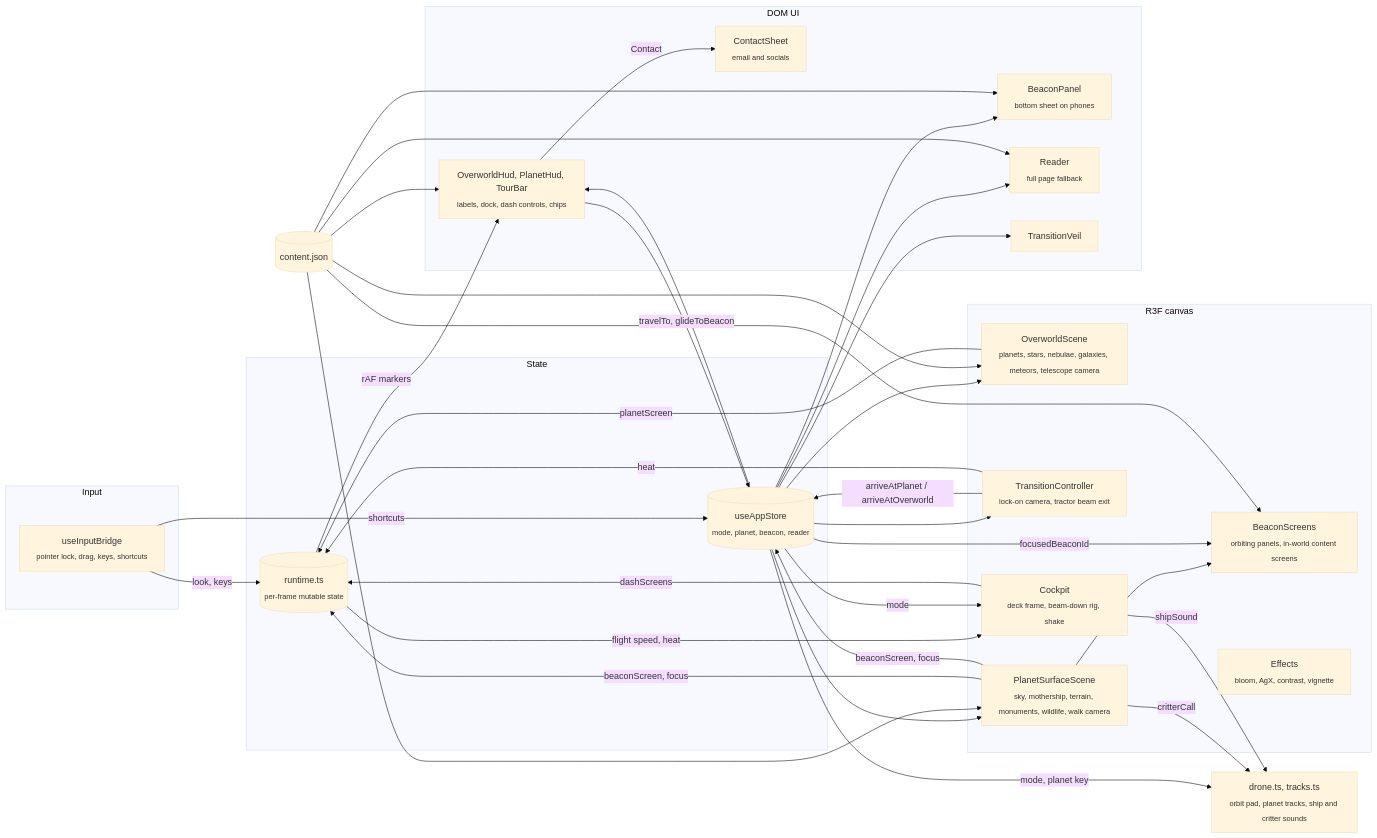
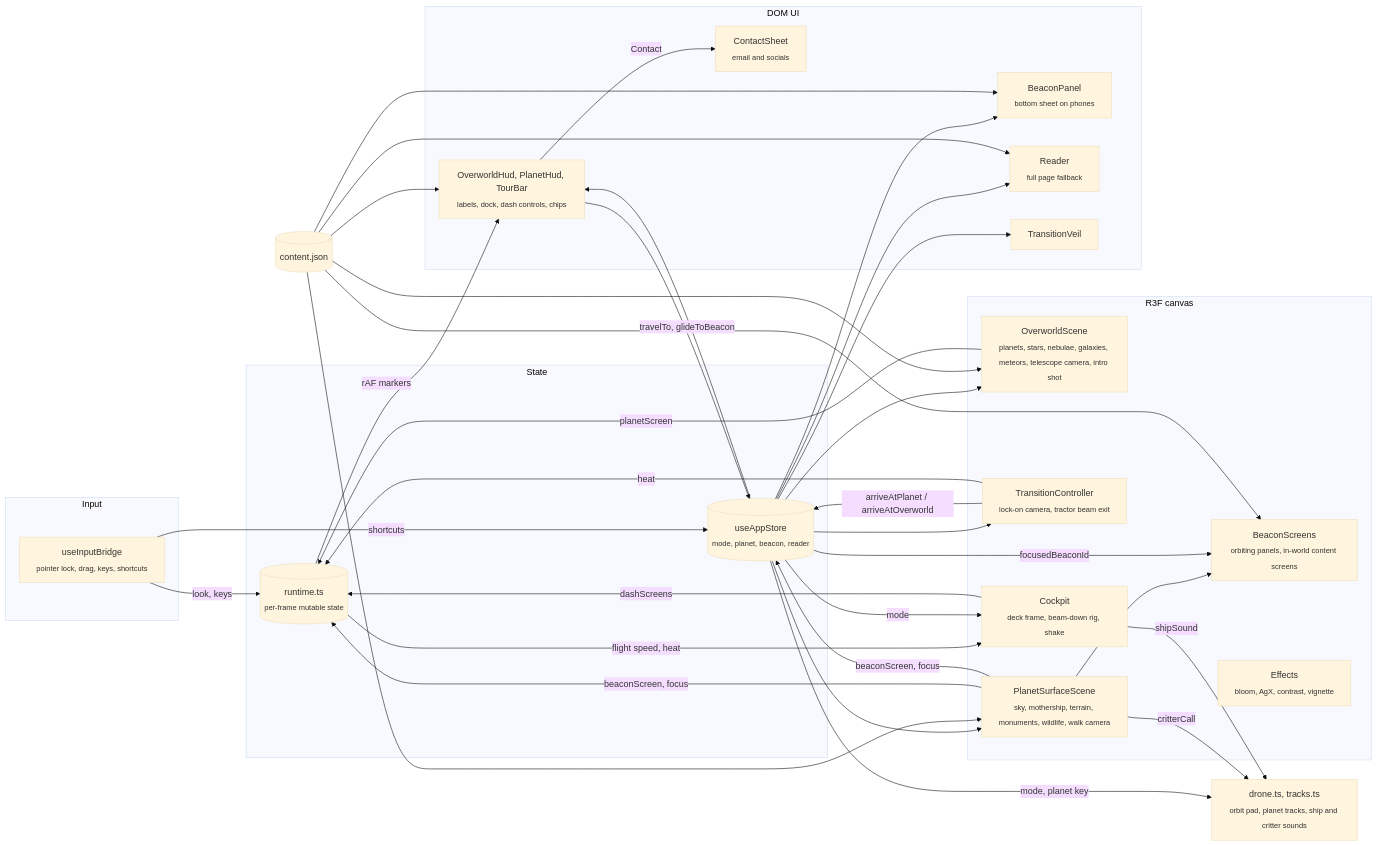
Before and after one commit to teddycitrus/portfolio: the first of 2 diagrams in README.md, drawn with Mermaid (base theme). The commit also changed other lines of this file and 10 other files, not shown here.

Commit message:
added loader ready beat and intro shot of the ship leaving warp

````diff
--- a/README.md
+++ b/README.md
@@ -19,47 +19,47 @@
 ```mermaid
 flowchart LR
   subgraph Input
     bridge["useInputBridge<br/><sub>pointer lock, drag, keys, shortcuts</sub>"]
   end
   subgraph State
     store[("useAppStore<br/><sub>mode, planet, beacon, reader</sub>")]
     runtime[("runtime.ts<br/><sub>per-frame mutable state</sub>")]
   end
   subgraph Canvas["R3F canvas"]
-    overworld["OverworldScene<br/><sub>planets, stars, nebulae, galaxies, meteors, telescope camera</sub>"]
+    overworld["OverworldScene<br/><sub>planets, stars, nebulae, galaxies, meteors, telescope camera, intro shot</sub>"]
     surface["PlanetSurfaceScene<br/><sub>sky, mothership, terrain, monuments, wildlife, walk camera</sub>"]
     screens["BeaconScreens<br/><sub>orbiting panels, in-world content screens</sub>"]
     transition["TransitionController<br/><sub>lock-on camera, tractor beam exit</sub>"]
     ship["Cockpit<br/><sub>deck frame, beam-down rig, shake</sub>"]
     fx["Effects<br/><sub>bloom, AgX, contrast, vignette</sub>"]
   end
   subgraph DOM["DOM UI"]
     hud["OverworldHud, PlanetHud, TourBar<br/><sub>labels, dock, dash controls, chips</sub>"]
     contact["ContactSheet<br/><sub>email and socials</sub>"]
     panel["BeaconPanel<br/><sub>bottom sheet on phones</sub>"]
     reader["Reader<br/><sub>full page fallback</sub>"]
     veil["TransitionVeil"]
   end
   content[("content.json")]
   drone["drone.ts, tracks.ts<br/><sub>orbit pad, planet tracks, ship and critter sounds</sub>"]
 
   bridge -->|"look, keys"| runtime
   bridge -->|"shortcuts"| store
   store --> overworld & surface & transition & hud & panel & reader & veil
   overworld -->|"planetScreen"| runtime
   surface -->|"beaconScreen, focus"| runtime & store
   runtime -->|"rAF markers"| hud
   surface --> screens
   surface -->|"critterCall"| drone
   store -->|"focusedBeaconId"| screens
   store -->|"mode, planet key"| drone
   content --> overworld & surface & hud & panel & reader & screens
   hud -->|"travelTo, glideToBeacon"| store
   transition -->|"arriveAtPlanet / arriveAtOverworld"| store
   transition -->|"heat"| runtime
   runtime -->|"flight speed, heat"| ship
   store -->|"mode"| ship
   ship -->|"shipSound"| drone
   ship -->|"dashScreens"| runtime
   hud -->|"Contact"| contact
 ```
````
